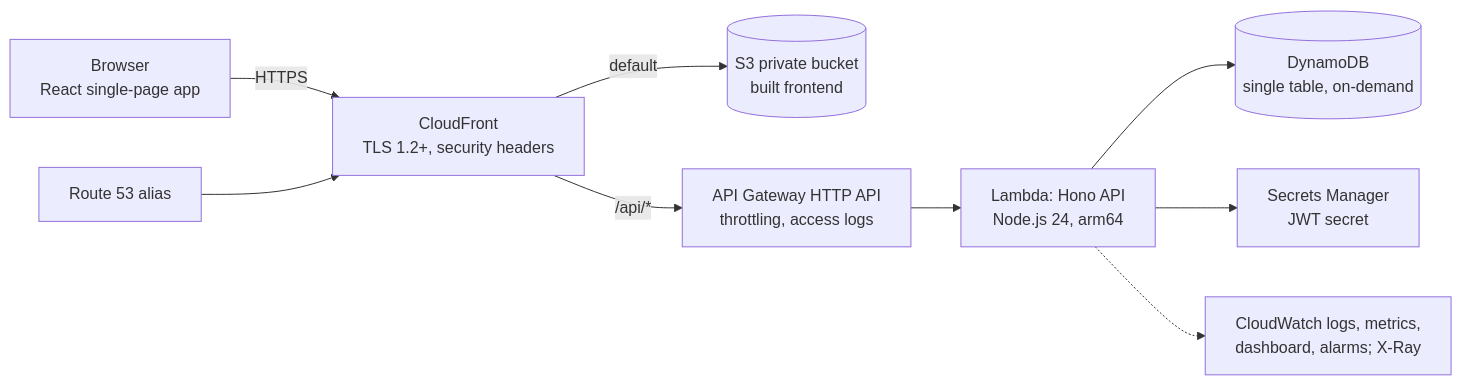
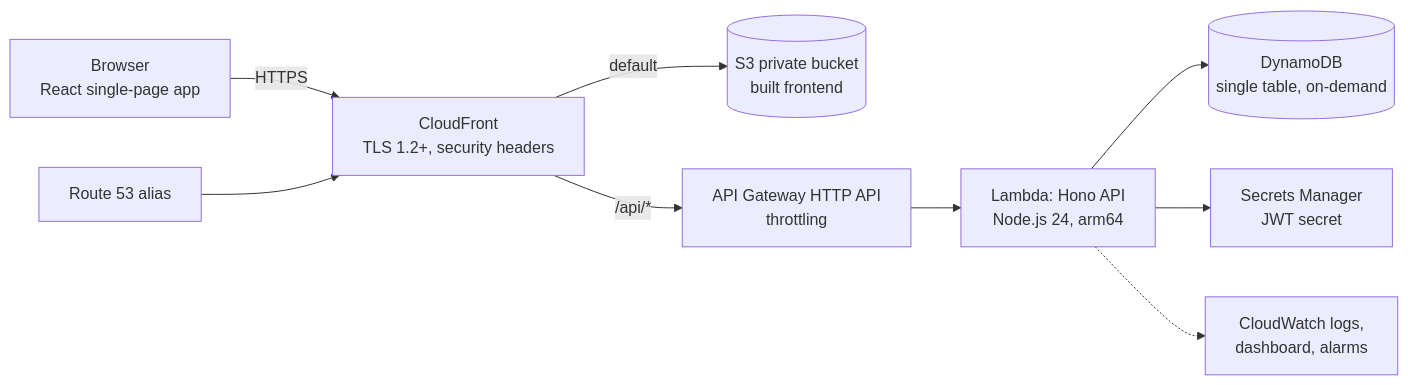
One commit to vinhngx25/asa-challenge changed the first of 2 diagrams in docs/SYSTEM_DESIGN.md. Above: the diagram before and after it, drawn with Mermaid. The commit also changed other lines of this file and 14 other files, not shown here.

Commit message:
Simplify logging: a small JSON logger, no custom metrics or tracing, four built-in-metric alarms; time zone tests; docs in step

````diff
--- a/docs/SYSTEM_DESIGN.md
+++ b/docs/SYSTEM_DESIGN.md
@@ -11,11 +11,11 @@
 ```mermaid
 flowchart LR
   U["Browser<br/>React single-page app"] -->|HTTPS| CF["CloudFront<br/>TLS 1.2+, security headers"]
   R53["Route 53 alias"] --> CF
   CF -->|"default"| S3[("S3 private bucket<br/>built frontend")]
-  CF -->|"/api/*"| APIGW["API Gateway HTTP API<br/>throttling, access logs"]
+  CF -->|"/api/*"| APIGW["API Gateway HTTP API<br/>throttling"]
   APIGW --> L["Lambda: Hono API<br/>Node.js 24, arm64"]
   L --> DDB[("DynamoDB<br/>single table, on-demand")]
   L --> SM["Secrets Manager<br/>JWT secret"]
-  L -.-> CW["CloudWatch logs, metrics,<br/>dashboard, alarms; X-Ray"]
+  L -.-> CW["CloudWatch logs,<br/>dashboard, alarms"]
 ```
````
